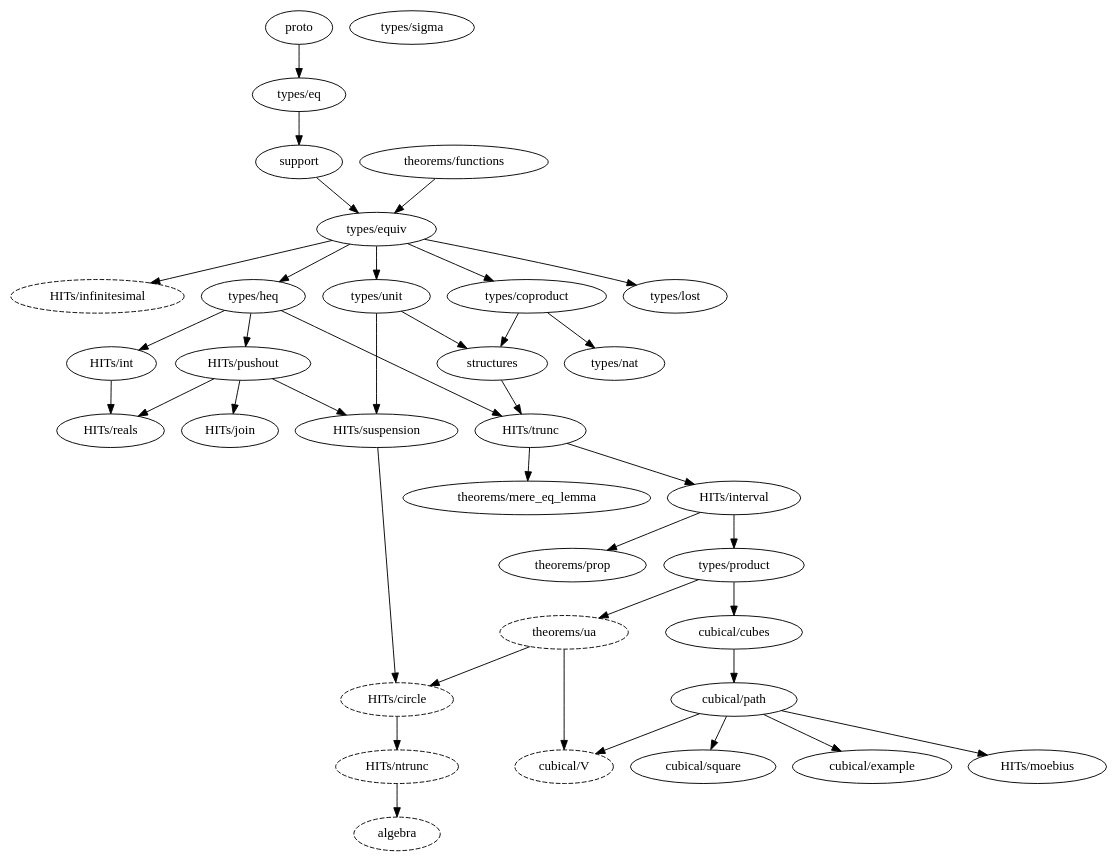
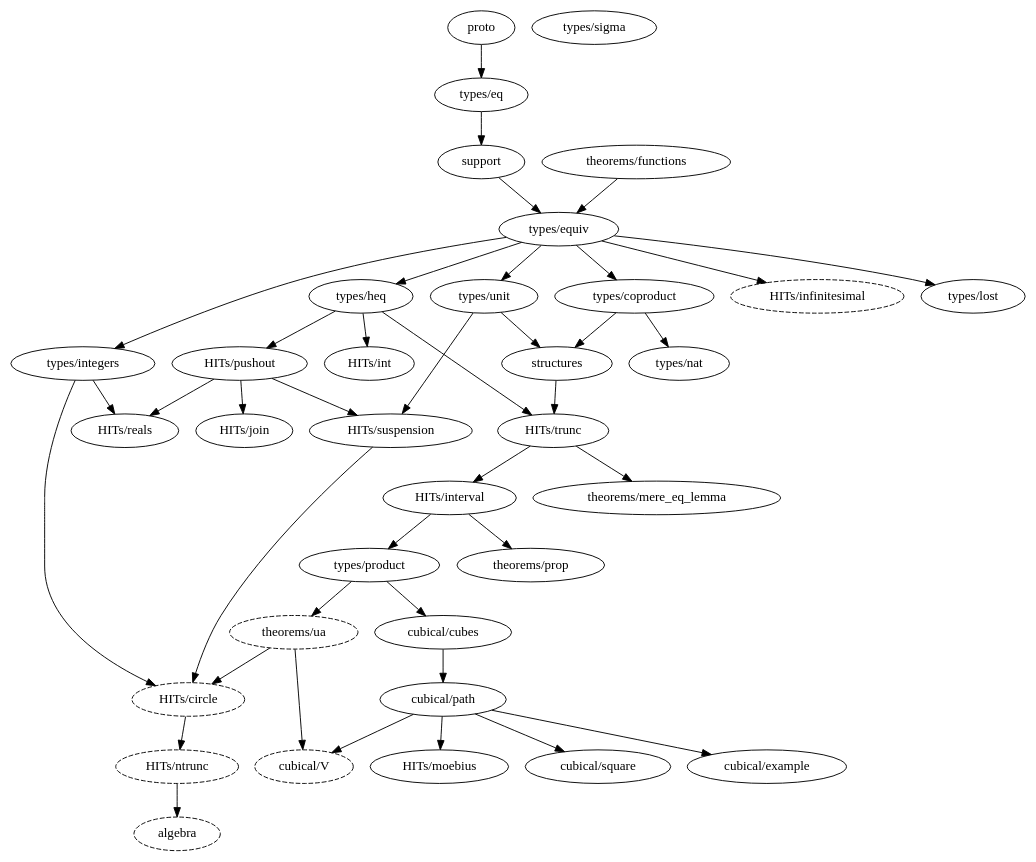
One commit to forked-from-1kasper/ground_zero changed the diagram in dependency_map.gv. Above: the diagram before and after it, drawn with Graphviz. The commit also changed 5 other files, not shown here.

```diff
--- a/dependency_map.gv
+++ b/dependency_map.gv
@@ -1,73 +1,75 @@
 digraph dependency_map {
   proto -> "types/eq"
 
   algebra [style=dashed]
   "HITs/ntrunc" -> algebra
 
   "HITs/circle" [style=dashed]
+  "types/integers" -> "HITs/circle"
   "HITs/suspension" -> "HITs/circle"
   "theorems/ua" -> "HITs/circle"
 
   "HITs/infinitesimal" [style=dashed]
   "types/equiv" -> "HITs/infinitesimal"
 
   "types/equiv" -> "types/coproduct"
 
   "types/product" -> "cubical/cubes"
   "cubical/cubes" -> "cubical/path"
   "cubical/path" -> "cubical/square"
   "cubical/path" -> "cubical/example"
 
   "cubical/V" [style=dashed]
   "theorems/ua" -> "cubical/V"
   "cubical/path" -> "cubical/V"
 
   "types/equiv" -> "types/heq"
+  "types/equiv" -> "types/integers"
 
   support -> "types/equiv"
   "theorems/functions" -> "types/equiv"
 
   "types/heq" -> "HITs/int"
 
   "HITs/trunc" -> "HITs/interval"
 
   "HITs/pushout" -> "HITs/join"
 
   "cubical/path" -> "HITs/moebius"
 
   "HITs/trunc" -> "theorems/mere_eq_lemma"
 
   "HITs/ntrunc" [style=dashed]
   "HITs/circle" -> "HITs/ntrunc"
 
   "HITs/interval" -> "types/product"
 
   "HITs/interval" -> "theorems/prop"
 
   "types/heq" -> "HITs/pushout"
 
   "HITs/pushout" -> "HITs/reals"
-  "HITs/int" -> "HITs/reals"
+  "types/integers" -> "HITs/reals"
 
   "types/unit" -> structures
   "types/coproduct" -> structures
 
   "types/eq" -> support
 
   "HITs/pushout" -> "HITs/suspension"
   "types/unit" -> "HITs/suspension"
 
   structures -> "HITs/trunc"
   "types/heq" -> "HITs/trunc"
 
   "theorems/ua" [style=dashed]
   "types/product" -> "theorems/ua"
 
   "types/equiv" -> "types/unit"
 
   "types/coproduct" -> "types/nat"
 
   "types/equiv" -> "types/lost"
 
   "types/sigma"
 }
```
